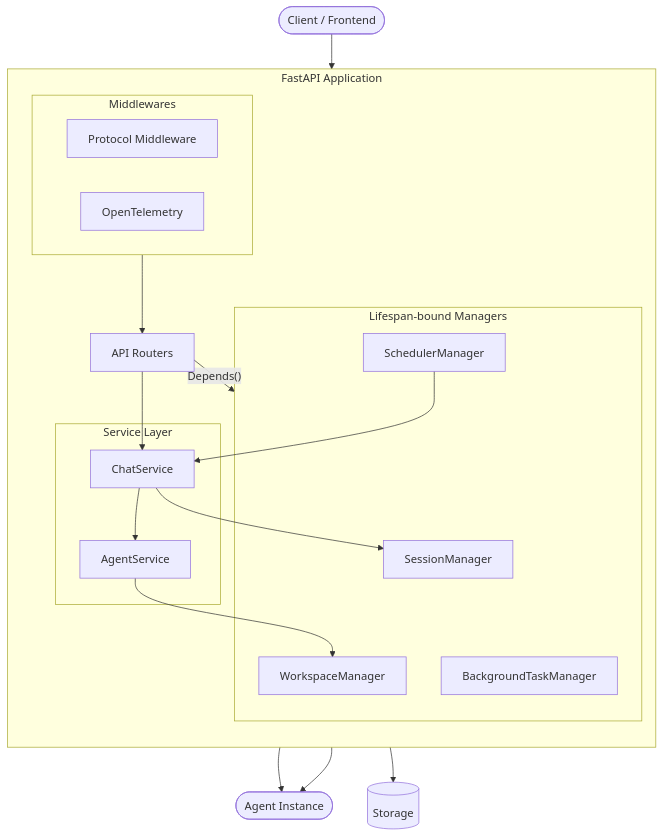
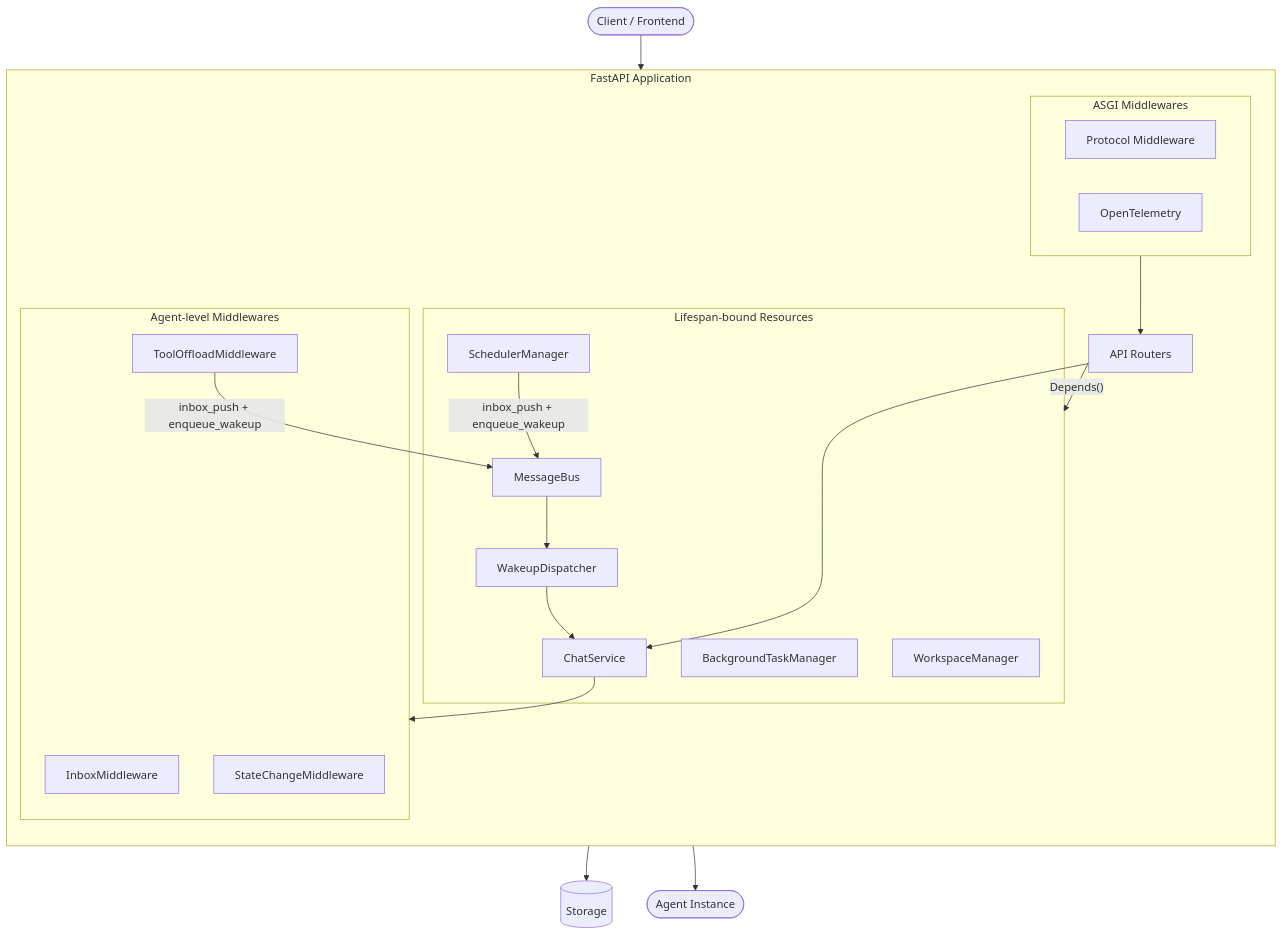
The second of 2 diagrams in v2/deploy/agent-service.mdx (Osier-Yi/docs), drawn with Mermaid before and after one commit. The commit also changed other lines of this file and 22 other files, not shown here.

````diff
--- a/v2/deploy/agent-service.mdx
+++ b/v2/deploy/agent-service.mdx
@@ -538,40 +610,42 @@
 ```mermaid
 flowchart TB
     Client([Client / Frontend])
 
     subgraph FastAPI ["FastAPI Application"]
         direction TB
 
-        subgraph Middlewares ["Middlewares"]
+        subgraph ASGI ["ASGI Middlewares"]
             PM[Protocol Middleware]
             OT[OpenTelemetry]
         end
 
         Router[API Routers]
 
-        subgraph Lifespan ["Lifespan-bound Managers"]
-            SM[SessionManager]
+        subgraph Lifespan ["Lifespan-bound Resources"]
+            Bus[MessageBus]
             BTM[BackgroundTaskManager]
             SCH[SchedulerManager]
             WM[WorkspaceManager]
+            WD[WakeupDispatcher]
+            CS[ChatService]
         end
 
-        subgraph Services ["Service Layer"]
-            CS[ChatService]
-            AS[AgentService]
+        subgraph AgentMW ["Agent-level Middlewares"]
+            IM[InboxMiddleware]
+            TOM[ToolOffloadMiddleware]
+            SCM[StateChangeMiddleware]
         end
     end
 
     Storage[(Storage)]
 
-    Client --> Middlewares --> Router
+    Client --> ASGI --> Router
     Router -- "Depends()" --> Lifespan
     Router --> CS
-    CS --> SM
-    CS --> AS
-    AS --> Agent([Agent Instance])
     CS --> Storage
-    SCH --> CS
-    BTM --> Agent
-    AS --> WM
+    CS --> AgentMW --> Agent([Agent Instance])
+    SCH -- "inbox_push + enqueue_wakeup" --> Bus
+    TOM -- "inbox_push + enqueue_wakeup" --> Bus
+    Bus --> WD
+    WD --> CS
 ```
````
